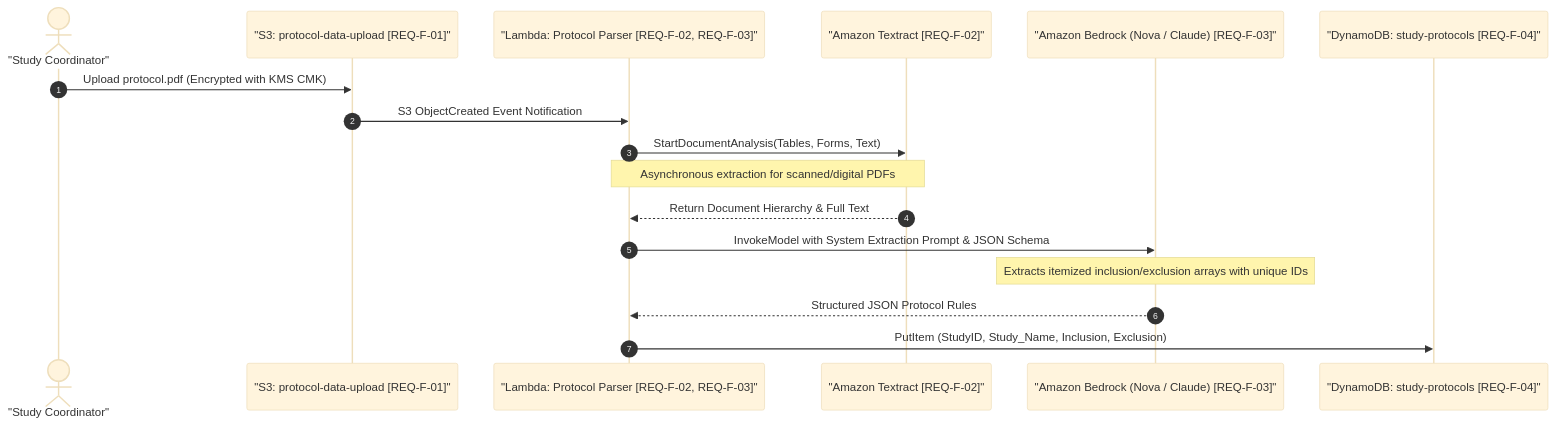
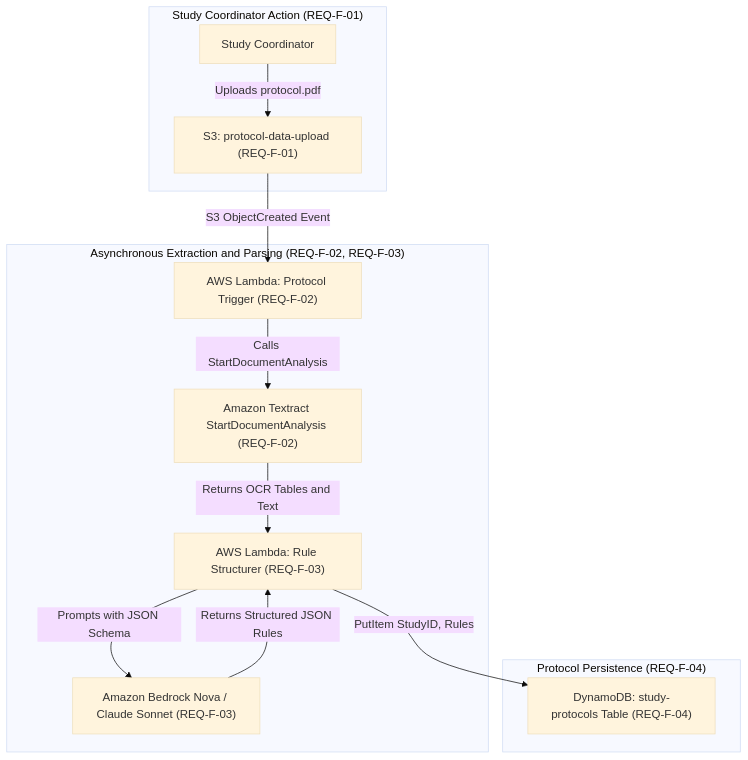
Before and after one commit to skarj/aws-solution-medical-agent: the second of 5 diagrams in Architecture.md, drawn with Mermaid (base theme). The commit also changed other lines of this file and 7 other files, not shown here.

````diff
--- a/Architecture.md
+++ b/Architecture.md
@@ -89,20 +39,26 @@
 ```mermaid
-sequenceDiagram
-    autonumber
-    actor Coordinator as "Study Coordinator"
-    participant S3_Proto as "S3: protocol-data-upload [REQ-F-01]"
-    participant Lambda_Ocr as "Lambda: Protocol Parser [REQ-F-02, REQ-F-03]"
-    participant Textract as "Amazon Textract [REQ-F-02]"
-    participant Bedrock_LLM as "Amazon Bedrock (Nova / Claude) [REQ-F-03]"
-    participant DDB_Proto as "DynamoDB: study-protocols [REQ-F-04]"
+graph TD
+    subgraph Coordinator_Tier ["Study Coordinator Action (REQ-F-01)"]
+        USER["Study Coordinator"]
+        S3_PROTO["S3: protocol-data-upload (REQ-F-01)"]
+    end
 
-    Coordinator->>S3_Proto: Upload protocol.pdf (Encrypted with KMS CMK)
-    S3_Proto->>Lambda_Ocr: S3 ObjectCreated Event Notification
-    Lambda_Ocr->>Textract: StartDocumentAnalysis(Tables, Forms, Text)
-    Note over Lambda_Ocr,Textract: Asynchronous extraction for scanned/digital PDFs
-    Textract-->>Lambda_Ocr: Return Document Hierarchy & Full Text
-    Lambda_Ocr->>Bedrock_LLM: InvokeModel with System Extraction Prompt & JSON Schema
-    Note over Bedrock_LLM: Extracts itemized inclusion/exclusion arrays with unique IDs
-    Bedrock_LLM-->>Lambda_Ocr: Structured JSON Protocol Rules
-    Lambda_Ocr->>DDB_Proto: PutItem (StudyID, Study_Name, Inclusion, Exclusion)
+    subgraph Extraction_Pipeline ["Asynchronous Extraction and Parsing (REQ-F-02, REQ-F-03)"]
+        LAMBDA_START["AWS Lambda: Protocol Trigger (REQ-F-02)"]
+        TEXTRACT["Amazon Textract StartDocumentAnalysis (REQ-F-02)"]
+        LAMBDA_STRUCT["AWS Lambda: Rule Structurer (REQ-F-03)"]
+        BEDROCK_LLM["Amazon Bedrock Nova / Claude Sonnet (REQ-F-03)"]
+    end
+
+    subgraph Storage_Tier ["Protocol Persistence (REQ-F-04)"]
+        DDB_PROTO["DynamoDB: study-protocols Table (REQ-F-04)"]
+    end
+
+    USER -->|"Uploads protocol.pdf"| S3_PROTO
+    S3_PROTO -->|"S3 ObjectCreated Event"| LAMBDA_START
+    LAMBDA_START -->|"Calls StartDocumentAnalysis"| TEXTRACT
+    TEXTRACT -->|"Returns OCR Tables and Text"| LAMBDA_STRUCT
+    LAMBDA_STRUCT -->|"Prompts with JSON Schema"| BEDROCK_LLM
+    BEDROCK_LLM -->|"Returns Structured JSON Rules"| LAMBDA_STRUCT
+    LAMBDA_STRUCT -->|"PutItem StudyID, Rules"| DDB_PROTO
 ```
````
